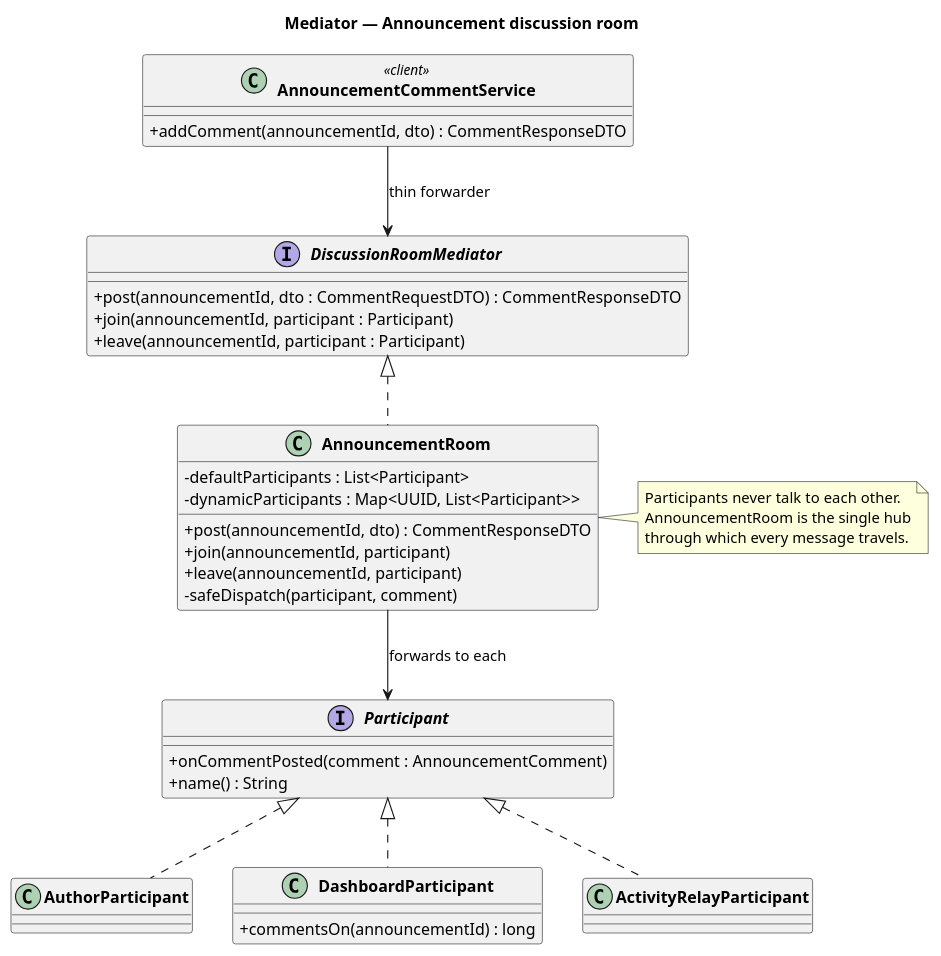
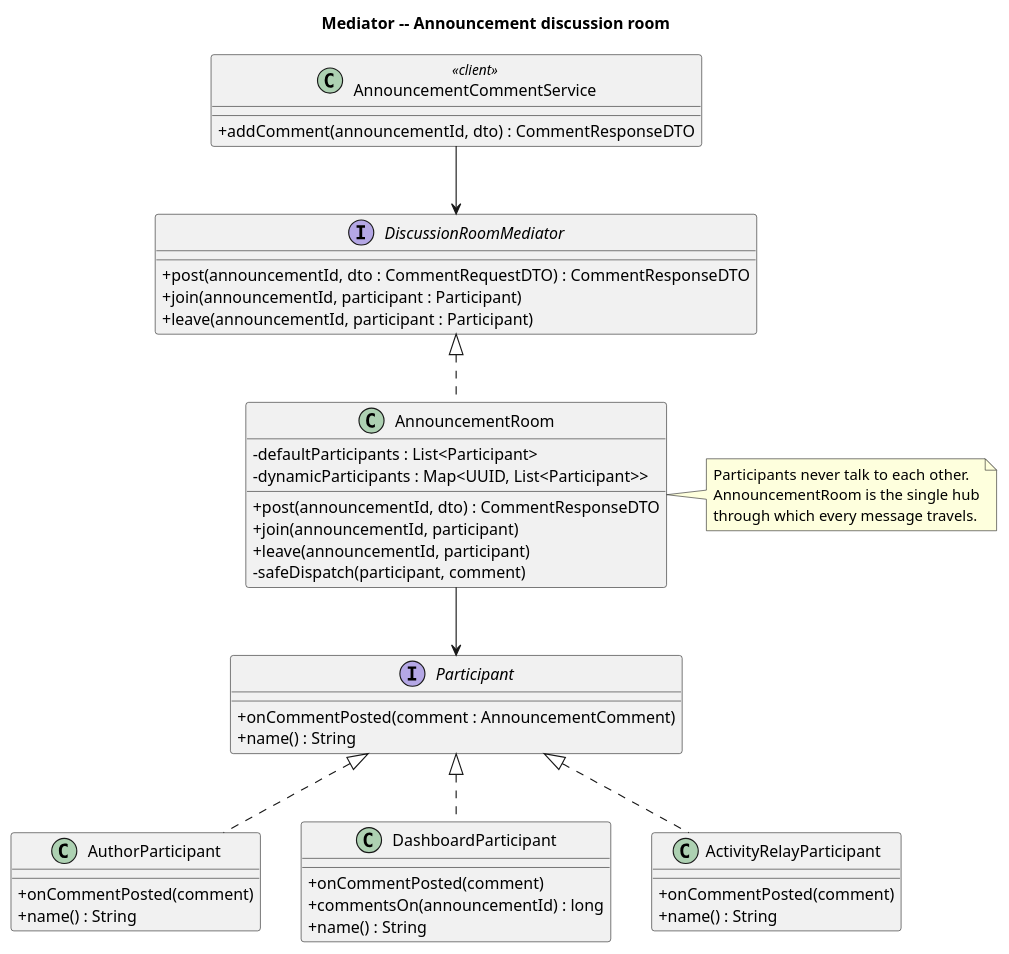
Before and after one commit to OmarTheGrey/Constructflow-Project-Management: the diagram in docs/uml/04_mediator_discussion_room.puml, drawn with PlantUML. The commit also changed 16 other files, not shown here.

First line of the commit message:
docs(uml): fix PlantUML syntax, add rendered diagrams, rewrite README

```diff
--- a/docs/uml/04_mediator_discussion_room.puml
+++ b/docs/uml/04_mediator_discussion_room.puml
@@ -1,54 +1,62 @@
 @startuml mediator_discussion_room
-title Mediator — Announcement discussion room
+title Mediator -- Announcement discussion room
 
 skinparam classAttributeIconSize 0
-skinparam classFontStyle bold
 skinparam backgroundColor white
 
 interface DiscussionRoomMediator {
   + post(announcementId, dto : CommentRequestDTO) : CommentResponseDTO
   + join(announcementId, participant : Participant)
   + leave(announcementId, participant : Participant)
 }
 
 class AnnouncementRoom {
   - defaultParticipants : List<Participant>
   - dynamicParticipants : Map<UUID, List<Participant>>
   + post(announcementId, dto) : CommentResponseDTO
   + join(announcementId, participant)
   + leave(announcementId, participant)
   - safeDispatch(participant, comment)
 }
 
 interface Participant {
   + onCommentPosted(comment : AnnouncementComment)
   + name() : String
 }
 
-class AuthorParticipant
+class AuthorParticipant {
+  + onCommentPosted(comment)
+  + name() : String
+}
+
 class DashboardParticipant {
+  + onCommentPosted(comment)
   + commentsOn(announcementId) : long
+  + name() : String
 }
-class ActivityRelayParticipant
+
+class ActivityRelayParticipant {
+  + onCommentPosted(comment)
+  + name() : String
+}
 
 class AnnouncementCommentService <<client>> {
   + addComment(announcementId, dto) : CommentResponseDTO
 }
 
 DiscussionRoomMediator <|.. AnnouncementRoom
 
 Participant <|.. AuthorParticipant
 Participant <|.. DashboardParticipant
 Participant <|.. ActivityRelayParticipant
 
-AnnouncementRoom --> Participant : forwards to each
-
-AnnouncementCommentService --> DiscussionRoomMediator : thin forwarder
+AnnouncementRoom --> Participant
+AnnouncementCommentService --> DiscussionRoomMediator
 
 note right of AnnouncementRoom
   Participants never talk to each other.
   AnnouncementRoom is the single hub
   through which every message travels.
 end note
 
 @enduml
```
